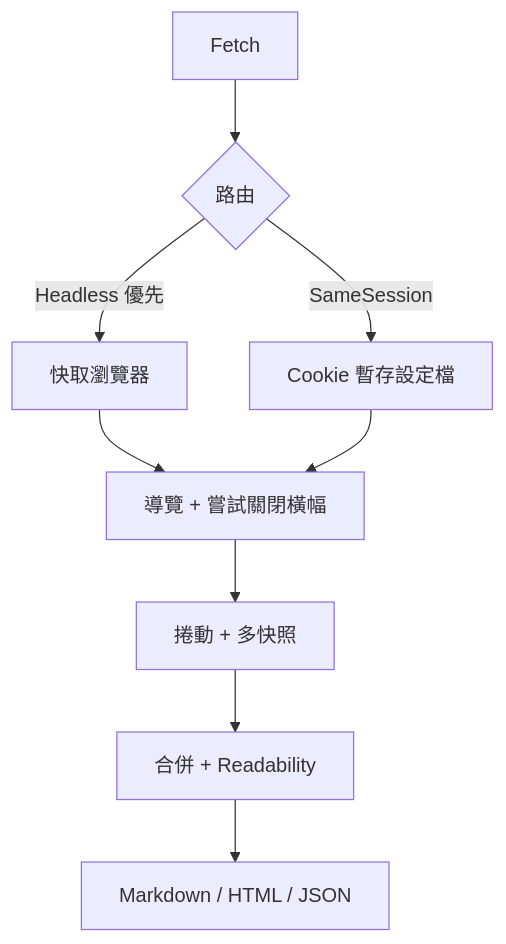
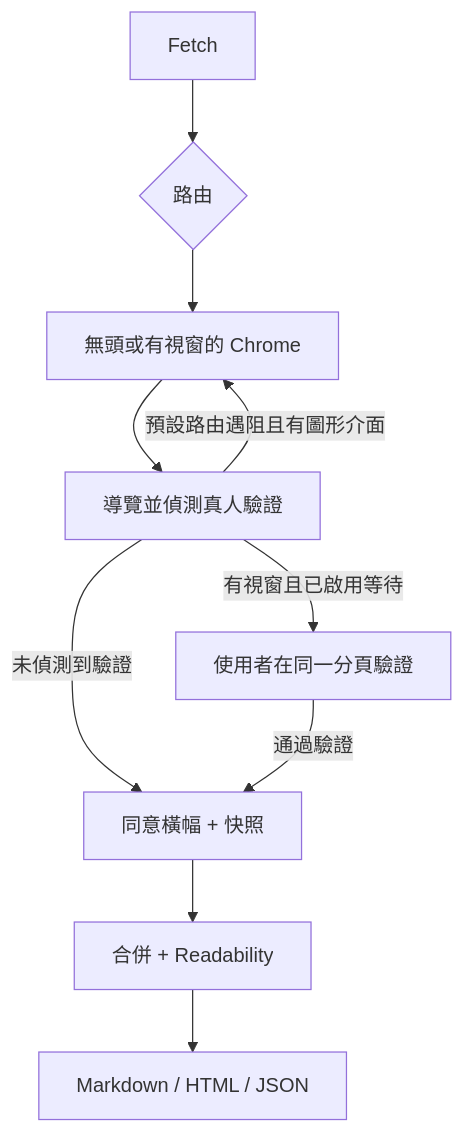
One commit to pardnchiu/go-browser changed the diagram in doc/README.zh.md. Above: the diagram before and after it, drawn with Mermaid. The commit also changed other lines of this file and 65 other files, not shown here.

````diff
--- a/doc/README.zh.md
+++ b/doc/README.zh.md
@@ -43,11 +45,12 @@
 ```mermaid
 graph TB
     A[Fetch] --> B{路由}
-    B -->|Headless 優先| C[快取瀏覽器]
-    B -->|SameSession| D[Cookie 暫存設定檔]
-    C --> E[導覽 + 嘗試關閉橫幅]
-    D --> E
-    E --> F[捲動 + 多快照]
+    B --> C[無頭或有視窗的 Chrome]
+    C --> D[導覽並偵測真人驗證]
+    D -->|預設路由遇阻且有圖形介面| C
+    D -->|有視窗且已啟用等待| E[使用者在同一分頁驗證]
+    D -->|未偵測到驗證| F[同意橫幅 + 快照]
+    E -->|通過驗證| F
     F --> G[合併 + Readability]
     G --> H[Markdown / HTML / JSON]
 ```
````
